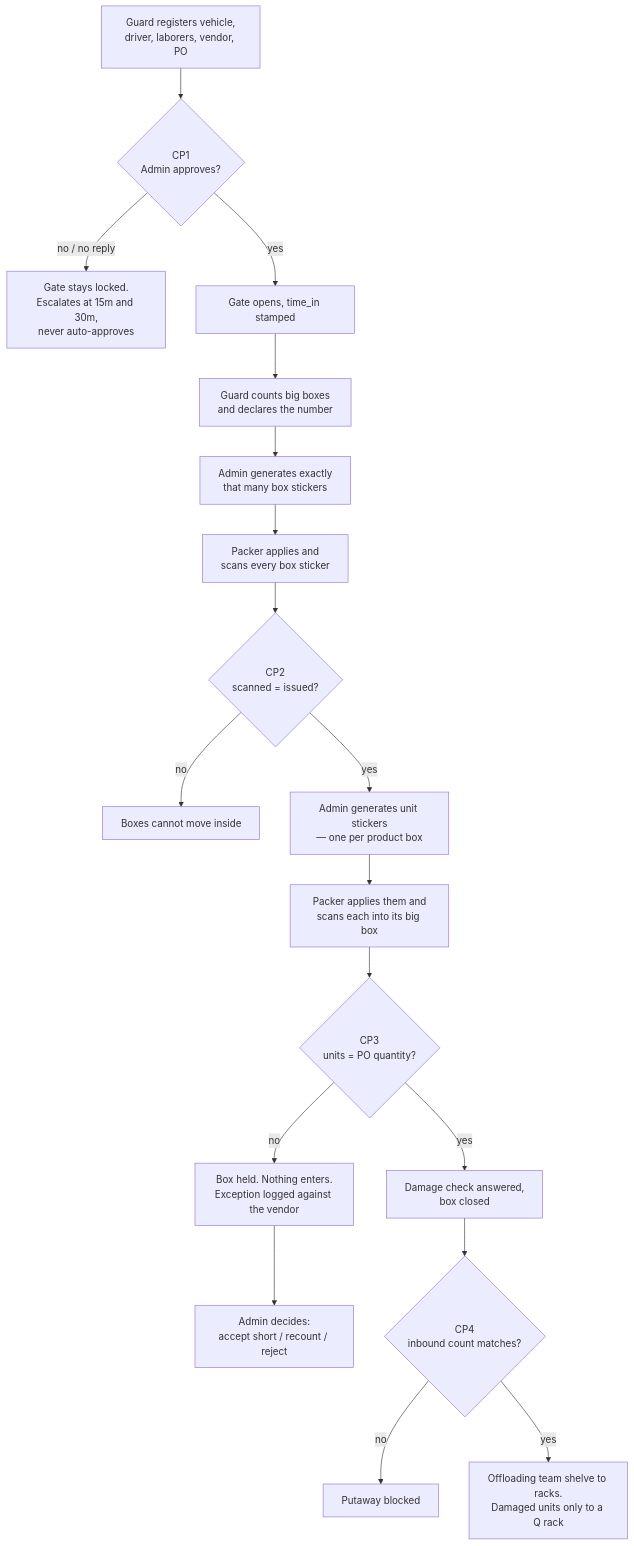
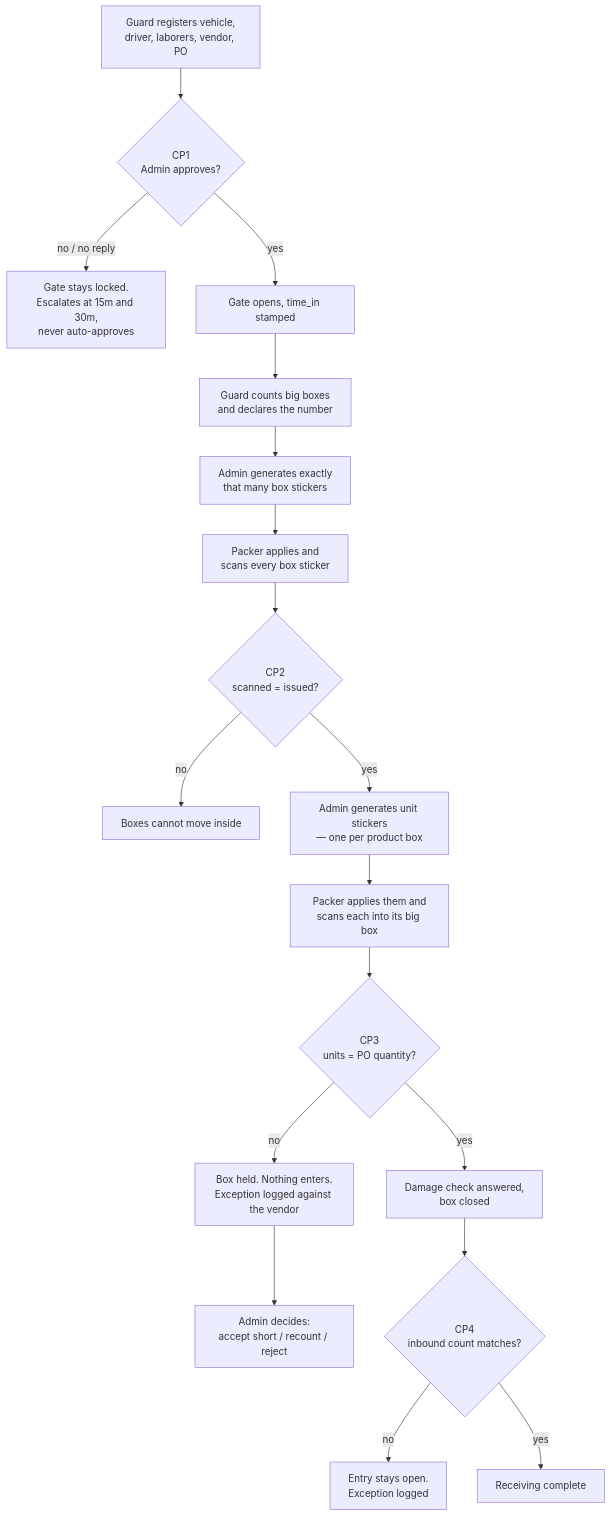
One commit to shlokburmi/R360-warehouse changed the first of 2 diagrams in docs/WORKFLOW.md. Above: the diagram before and after it, drawn with Mermaid. The commit also changed other lines of this file and 28 other files, not shown here.

````diff
--- a/docs/WORKFLOW.md
+++ b/docs/WORKFLOW.md
@@ -68,20 +68,20 @@
 ```mermaid
 flowchart TD
     A["Guard registers vehicle,<br/>driver, laborers, vendor, PO"] --> B{"CP1<br/>Admin approves?"}
     B -- "no / no reply" --> B1["Gate stays locked.<br/>Escalates at 15m and 30m,<br/>never auto-approves"]
     B -- yes --> C["Gate opens, time_in stamped"]
     C --> D["Guard counts big boxes<br/>and declares the number"]
     D --> E["Admin generates exactly<br/>that many box stickers"]
     E --> F["Packer applies and<br/>scans every box sticker"]
     F --> G{"CP2<br/>scanned = issued?"}
     G -- no --> G1["Boxes cannot move inside"]
     G -- yes --> H["Admin generates unit stickers<br/>— one per product box"]
     H --> I["Packer applies them and<br/>scans each into its big box"]
     I --> J{"CP3<br/>units = PO quantity?"}
     J -- no --> J1["Box held. Nothing enters.<br/>Exception logged against the vendor"]
     J1 --> J2["Admin decides:<br/>accept short / recount / reject"]
     J -- yes --> K["Damage check answered,<br/>box closed"]
     K --> L{"CP4<br/>inbound count matches?"}
-    L -- no --> L1["Putaway blocked"]
-    L -- yes --> M["Offloading team shelve to racks.<br/>Damaged units only to a Q rack"]
+    L -- no --> L1["Entry stays open.<br/>Exception logged"]
+    L -- yes --> M["Receiving complete"]
 ```
````
